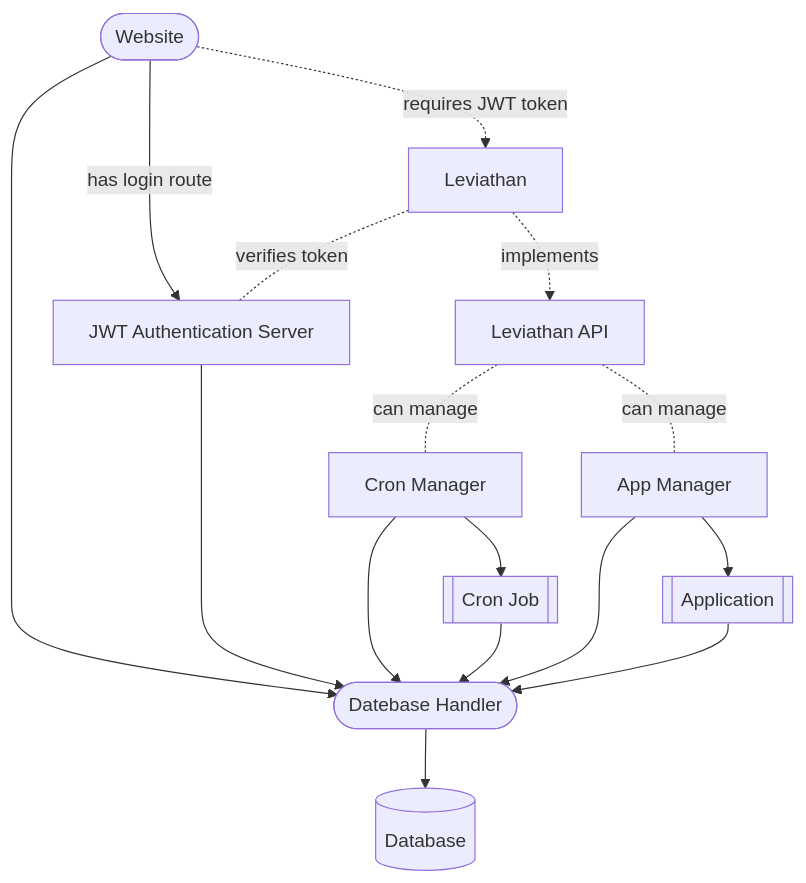
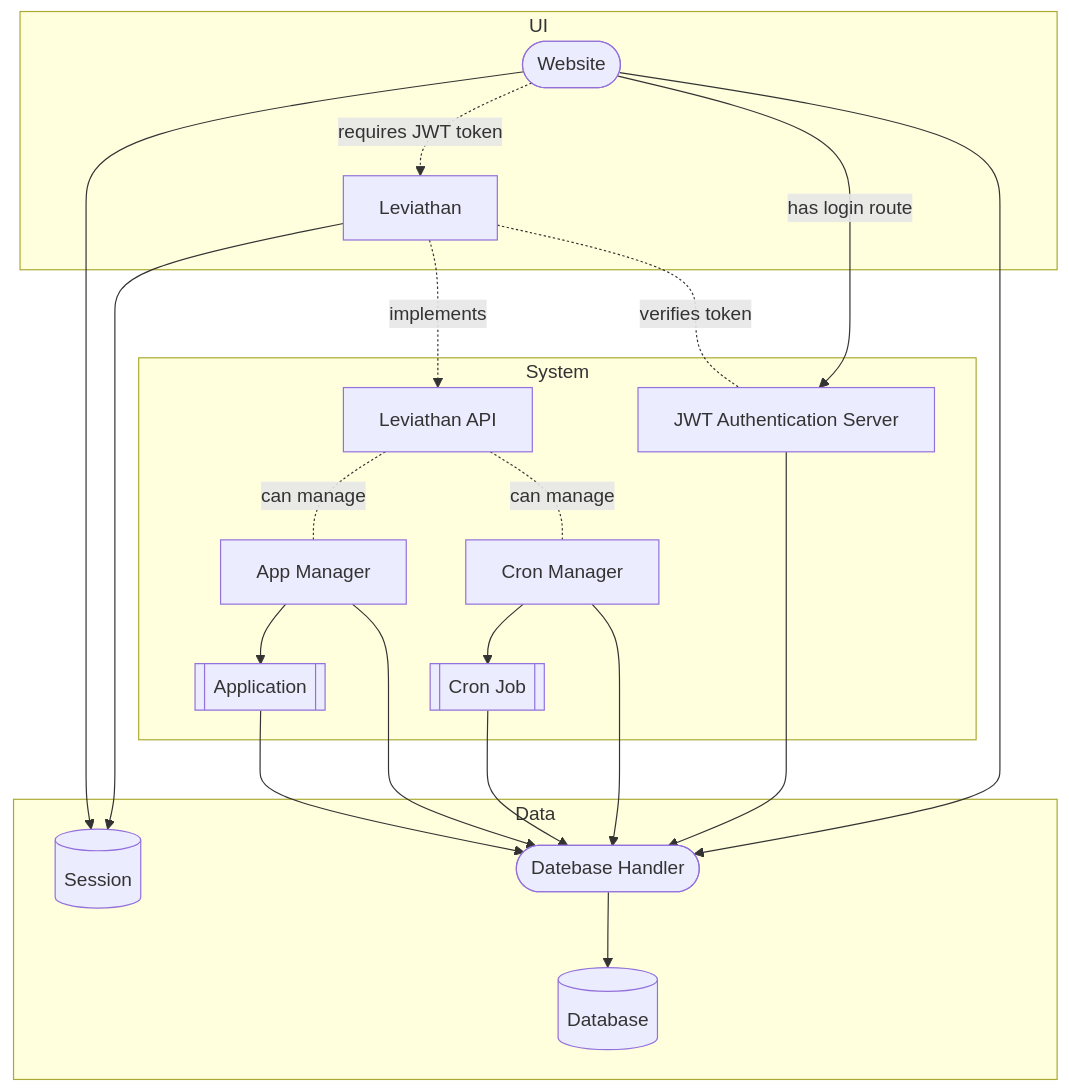
One commit to olivernybo/leviathan changed the diagram in diagrams/domain.mmd. Above: the diagram before and after it, drawn with Mermaid. The commit also changed 1 other file, not shown here.

Commit message:
domain now includes session db and groups

```diff
--- a/diagrams/domain.mmd
+++ b/diagrams/domain.mmd
@@ -1,27 +1,38 @@
 graph TD
+	subgraph data [Data]
 	db[(Database)]
+	session[(Session)]
 	dbh([Datebase Handler])
+	end
+
+	subgraph ui [UI]
 	web([Website])
+	leviathan[Leviathan]
+	end
+
+	subgraph system [System]
 	jwt[JWT Authentication Server]
-	leviathan[Leviathan]
 	api[Leviathan API]
 	cronmanager[Cron Manager]
 	cronjob[[Cron Job]]
 	appmanager[App Manager]
 	app[[Application]]
+	end
 
 	web-->dbh
 	web-.->|requires JWT token|leviathan
 	web-->|has login route|jwt
 	leviathan-.-|verifies token|jwt
 	leviathan-.->|implements|api
 	jwt-->dbh
 	api-.-|can manage|cronmanager
 	api-.-|can manage|appmanager
 	cronmanager-->dbh
 	cronmanager-->cronjob
 	cronjob-->dbh
 	appmanager-->dbh
 	appmanager-->app
 	app-->dbh
+	leviathan---->session
+	web-->session
 	dbh-->db
```
